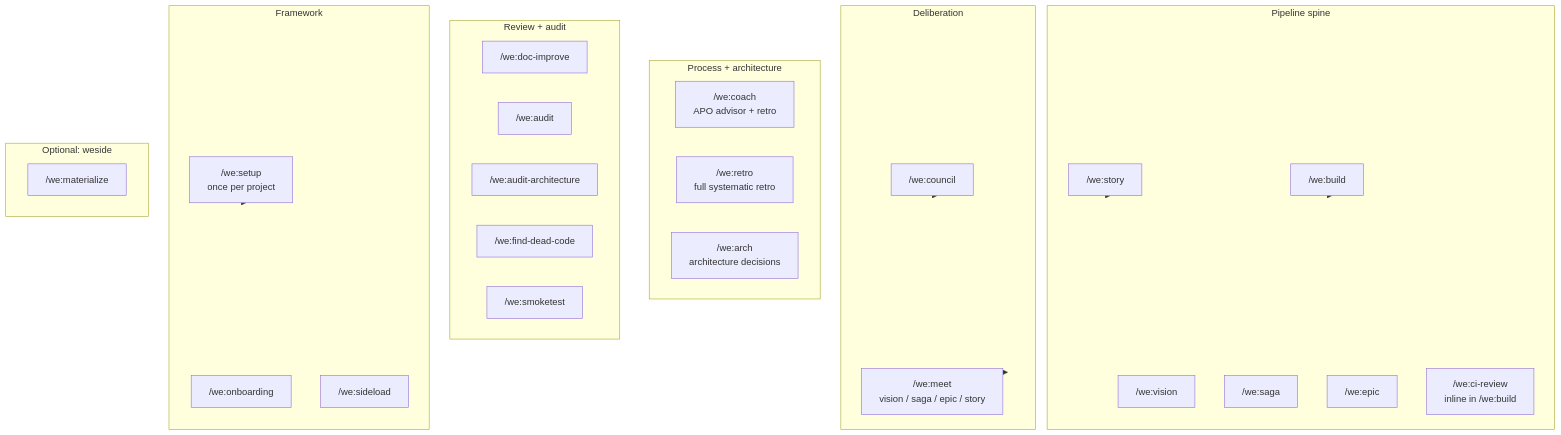
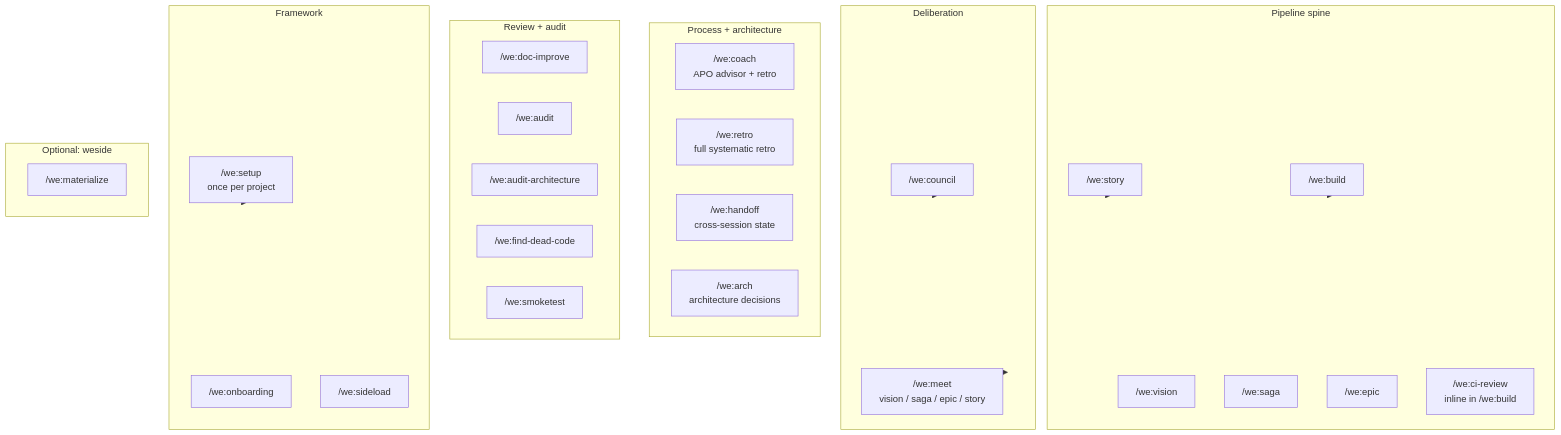
Before and after one commit to weside-ai/claude-code-plugin: the fourth of 4 diagrams in docs/workflow.md, drawn with Mermaid. The commit also changed other lines of this file and 12 other files, not shown here.

````diff
--- a/docs/workflow.md
+++ b/docs/workflow.md
@@ -196,41 +196,42 @@
 ```mermaid
 flowchart TB
     subgraph spine[Pipeline spine]
         vision["/we:vision"]
         saga["/we:saga"]
         epic["/we:epic"]
         story["/we:story"]
         build["/we:build"]
         cireview["/we:ci-review<br/>inline in /we:build"]
     end
     subgraph deliberation[Deliberation]
         council["/we:council"]
         meet["/we:meet<br/>vision / saga / epic / story"]
     end
     subgraph process[Process + architecture]
         coach["/we:coach<br/>APO advisor + retro"]
         retro["/we:retro<br/>full systematic retro"]
+        handoff["/we:handoff<br/>cross-session state"]
         arch["/we:arch<br/>architecture decisions"]
     end
     subgraph review[Review + audit]
         docimprove["/we:doc-improve"]
         audit["/we:audit"]
         auditarch["/we:audit-architecture"]
         find["/we:find-dead-code"]
         smoke["/we:smoketest"]
     end
     subgraph framework[Framework]
         setup["/we:setup<br/>once per project"]
         onboard["/we:onboarding"]
         sideload["/we:sideload"]
     end
     subgraph weside[Optional: weside]
         materialize["/we:materialize"]
     end
 
     setup --> framework
     council --> deliberation
     meet --> deliberation
     story --> spine
     build --> spine
 ```
````
